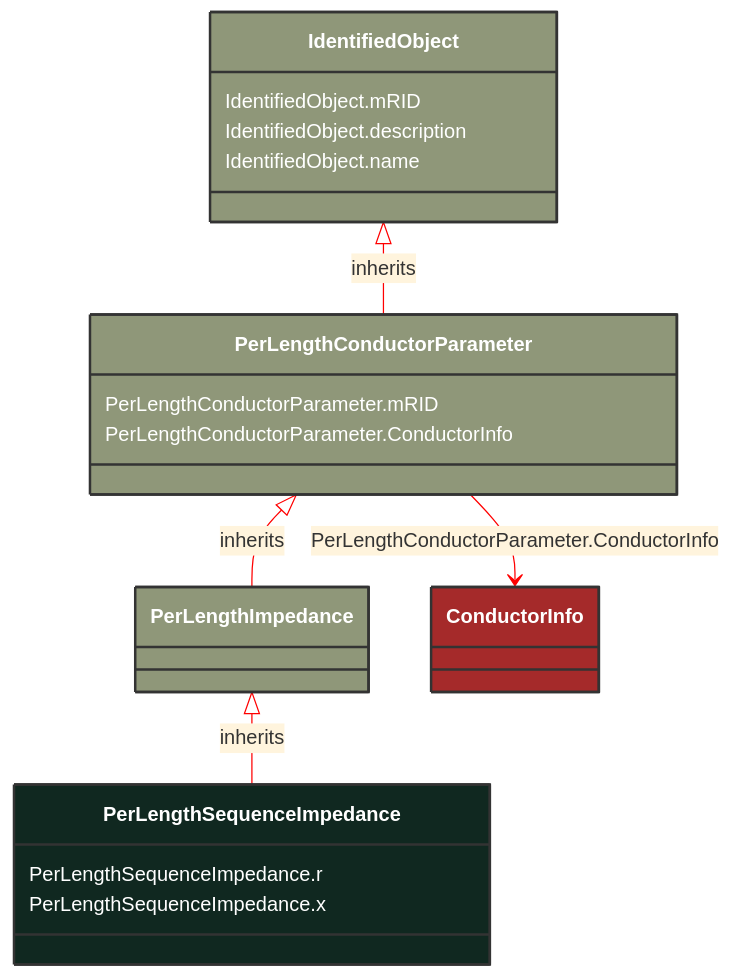
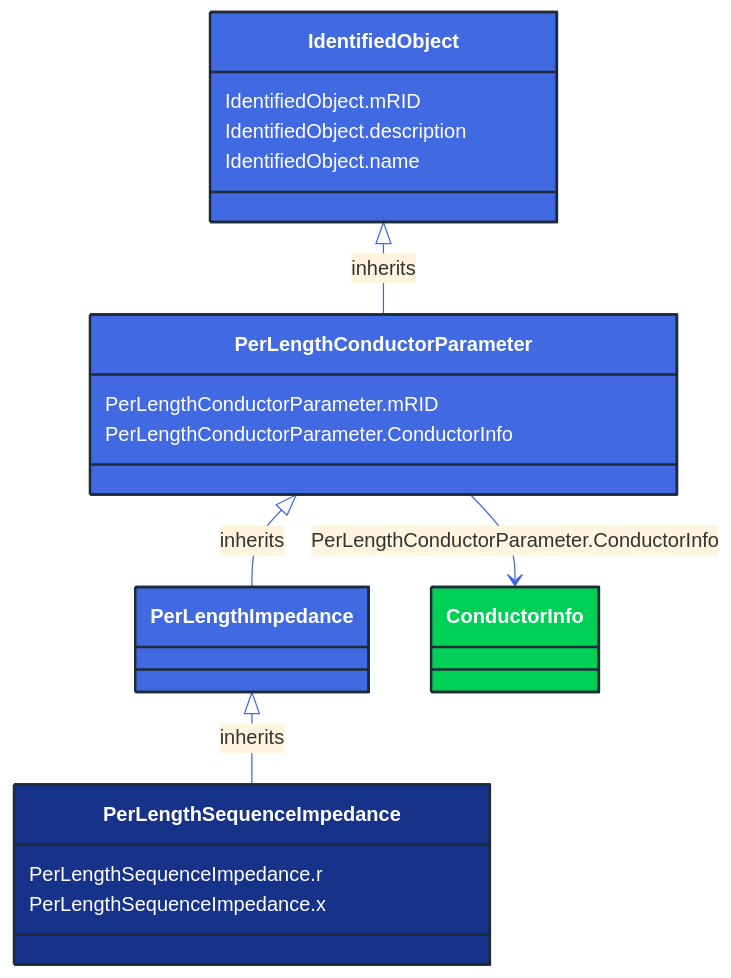
One commit to 3lbits/NoCIMExtensions changed the diagram in docs/Models/Profiles/SubseaCableInfo/ConcreteClasses/PerLengthSequenceImpedance.md. Above: the diagram before and after it, drawn with Mermaid. The commit also changed 362 other files, not shown here.

First line of the commit message:
Update diagrams and styles for improved visual consistency

````diff
--- a/docs/Models/Profiles/SubseaCableInfo/ConcreteClasses/PerLengthSequenceImpedance.md
+++ b/docs/Models/Profiles/SubseaCableInfo/ConcreteClasses/PerLengthSequenceImpedance.md
@@ -8,34 +8,34 @@
 ```mermaid
-%%{init: {'theme':'base','themeVariables': {'lineColor': '#FF0000'}}}%%
+%%{init: {'theme':'base','themeVariables': {'lineColor': '#4169E1'}}}%%
 classDiagram
     class PerLengthSequenceImpedance
     click PerLengthSequenceImpedance href "/Models/Profiles/SubseaCableInfo/ConcreteClasses/PerLengthSequenceImpedance/"
-    style PerLengthSequenceImpedance fill:#102820,stroke:#333,stroke-width:2px,rx:10,ry:10,color:white
+    style PerLengthSequenceImpedance fill:#163289,stroke:#1F2A37,stroke-width:2px,rx:10,ry:10,color:white
      
         PerLengthImpedance <|-- PerLengthSequenceImpedance : inherits
             click PerLengthImpedance href "/Models/Profiles/SubseaCableInfo/AbstractClasses/PerLengthImpedance/"
-            style PerLengthImpedance fill:#8F9779,stroke:#333,stroke-width:2px,rx:10,ry:10,color:white
+            style PerLengthImpedance fill:#4169E1,stroke:#1F2A37,stroke-width:2px,rx:10,ry:10,color:white
      
         PerLengthConductorParameter <|-- PerLengthImpedance : inherits
             click PerLengthConductorParameter href "/Models/Profiles/SubseaCableInfo/AbstractClasses/PerLengthConductorParameter/"
-            style PerLengthConductorParameter fill:#8F9779,stroke:#333,stroke-width:2px,rx:10,ry:10,color:white
+            style PerLengthConductorParameter fill:#4169E1,stroke:#1F2A37,stroke-width:2px,rx:10,ry:10,color:white
      
         IdentifiedObject <|-- PerLengthConductorParameter : inherits
             click IdentifiedObject href "/Models/Profiles/SubseaCableInfo/AbstractClasses/IdentifiedObject/"
-            style IdentifiedObject fill:#8F9779,stroke:#333,stroke-width:2px,rx:10,ry:10,color:white
+            style IdentifiedObject fill:#4169E1,stroke:#1F2A37,stroke-width:2px,rx:10,ry:10,color:white
 
         PerLengthConductorParameter --> ConductorInfo : PerLengthConductorParameter.ConductorInfo
 
         ConductorInfo
             click ConductorInfo href "/Models/Profiles/SubseaCableInfo/AbstractClasses/ConductorInfo/"
-            style ConductorInfo fill:#A52A2A,stroke:#333,stroke-width:2px,rx:10,ry:10,color:white
+            style ConductorInfo fill:#00D156,stroke:#1F2A37,stroke-width:2px,rx:10,ry:10,color:white
 
 
         PerLengthSequenceImpedance : PerLengthSequenceImpedance.r
         PerLengthSequenceImpedance : PerLengthSequenceImpedance.x
         PerLengthConductorParameter : PerLengthConductorParameter.mRID
         PerLengthConductorParameter : PerLengthConductorParameter.ConductorInfo
         IdentifiedObject : IdentifiedObject.mRID
         IdentifiedObject : IdentifiedObject.description
         IdentifiedObject : IdentifiedObject.name
 ```
````
